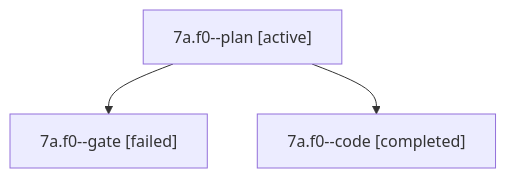
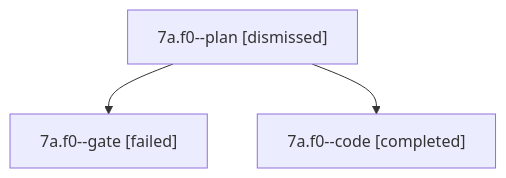
The diagram in sessions/bbugyi200.apollo.7a.f0.md (bobs-org/bob-cli--agents), drawn with Mermaid before and after one commit. The commit also changed other lines of this file and 6 other files, not shown here.

````diff
--- a/sessions/bbugyi200.apollo.7a.f0.md
+++ b/sessions/bbugyi200.apollo.7a.f0.md
@@ -9,8 +9,8 @@
 ```mermaid
 flowchart TD
-  n0["7a.f0--plan [active]"]
+  n0["7a.f0--plan [dismissed]"]
   n1["7a.f0--gate [failed]"]
   n0 --> n1
   n2["7a.f0--code [completed]"]
   n0 --> n2
 ```
````
